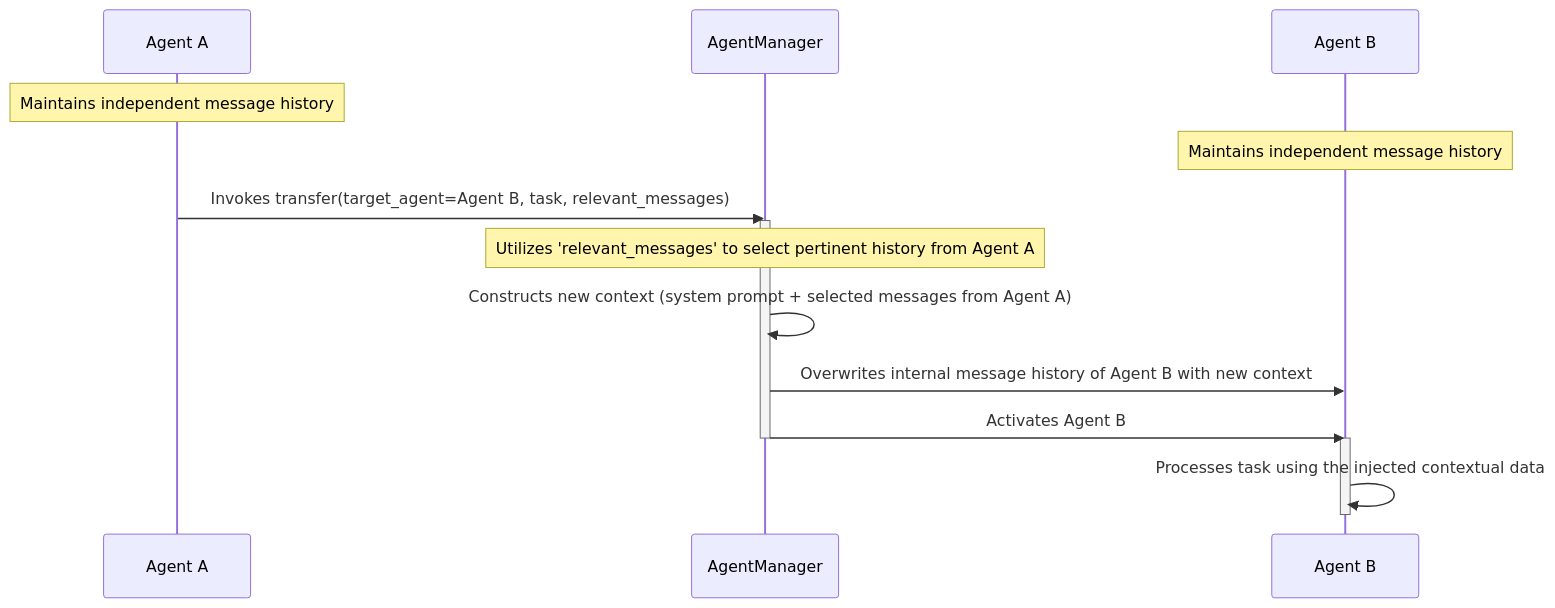
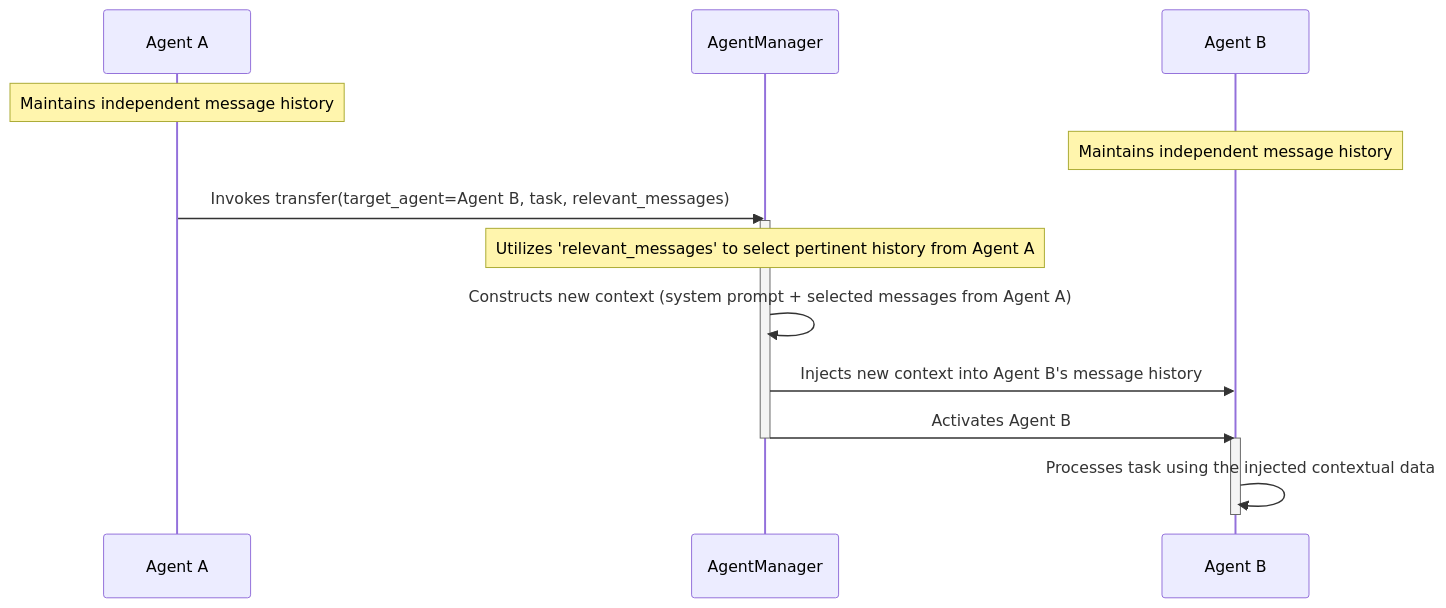
The diagram in README.md (lewistransts/AgentCrew), drawn with Mermaid before and after one commit. The commit also changed other lines of this file, not shown here.

````diff
--- a/README.md
+++ b/README.md
@@ -95,22 +94,22 @@
 ```mermaid
 sequenceDiagram
     participant agentA as Agent A
     participant agentManager as AgentManager
     participant agentB as Agent B
 
     Note over agentA: Maintains independent message history
     Note over agentB: Maintains independent message history
 
     agentA->>agentManager: Invokes transfer(target_agent=Agent B, task, relevant_messages)
     activate agentManager
     Note over agentManager: Utilizes 'relevant_messages' to select pertinent history from Agent A
 
     agentManager->>agentManager: Constructs new context (system prompt + selected messages from Agent A)
-    agentManager->>agentB: Overwrites internal message history of Agent B with new context
+    agentManager->>agentB: Injects new context into Agent B's message history
     agentManager->>agentB: Activates Agent B
     deactivate agentManager
 
     activate agentB
     agentB->>agentB: Processes task using the injected contextual data
     deactivate agentB
 ```
````
